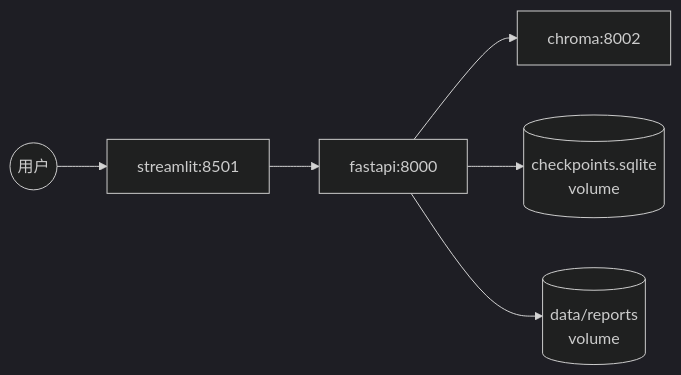
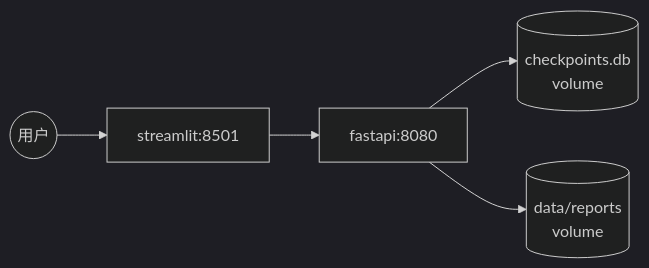
One commit to StevenLZM/LangGraph-Claude changed the fifth of 5 diagrams in 03_MULTI_AGENT/ENGINEERING.md. Above: the diagram before and after it, drawn with Mermaid (dark theme). The commit also changed other lines of this file and 14 other files, not shown here.

````diff
--- a/03_MULTI_AGENT/ENGINEERING.md
+++ b/03_MULTI_AGENT/ENGINEERING.md
@@ -681,8 +681,7 @@
 ```mermaid
 flowchart LR
     user((用户)) --> ui[streamlit:8501]
-    ui --> app[fastapi:8000]
-    app --> chroma[chroma:8002]
-    app --> sqlite[(checkpoints.sqlite<br/>volume)]
+    ui --> app[fastapi:8080]
+    app --> sqlite[(checkpoints.db<br/>volume)]
     app --> reports[(data/reports<br/>volume)]
 ```
````
